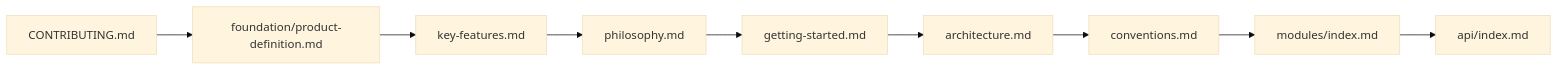
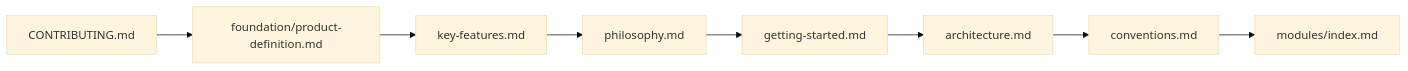
Before and after one commit to reasvyn/internara: the first of 3 diagrams in docs/index.md, drawn with Mermaid (base theme). The commit also changed other lines of this file and 2 other files, not shown here.

````diff
--- a/docs/index.md
+++ b/docs/index.md
@@ -153,11 +154,10 @@
 ```mermaid
 flowchart LR
     A[CONTRIBUTING.md] --> B[foundation/product-definition.md]
     B --> C[key-features.md]
     C --> D[philosophy.md]
     D --> E[getting-started.md]
     E --> F[architecture.md]
     F --> G[conventions.md]
     G --> H[modules/index.md]
-    H --> I[api/index.md]
 ```
````
